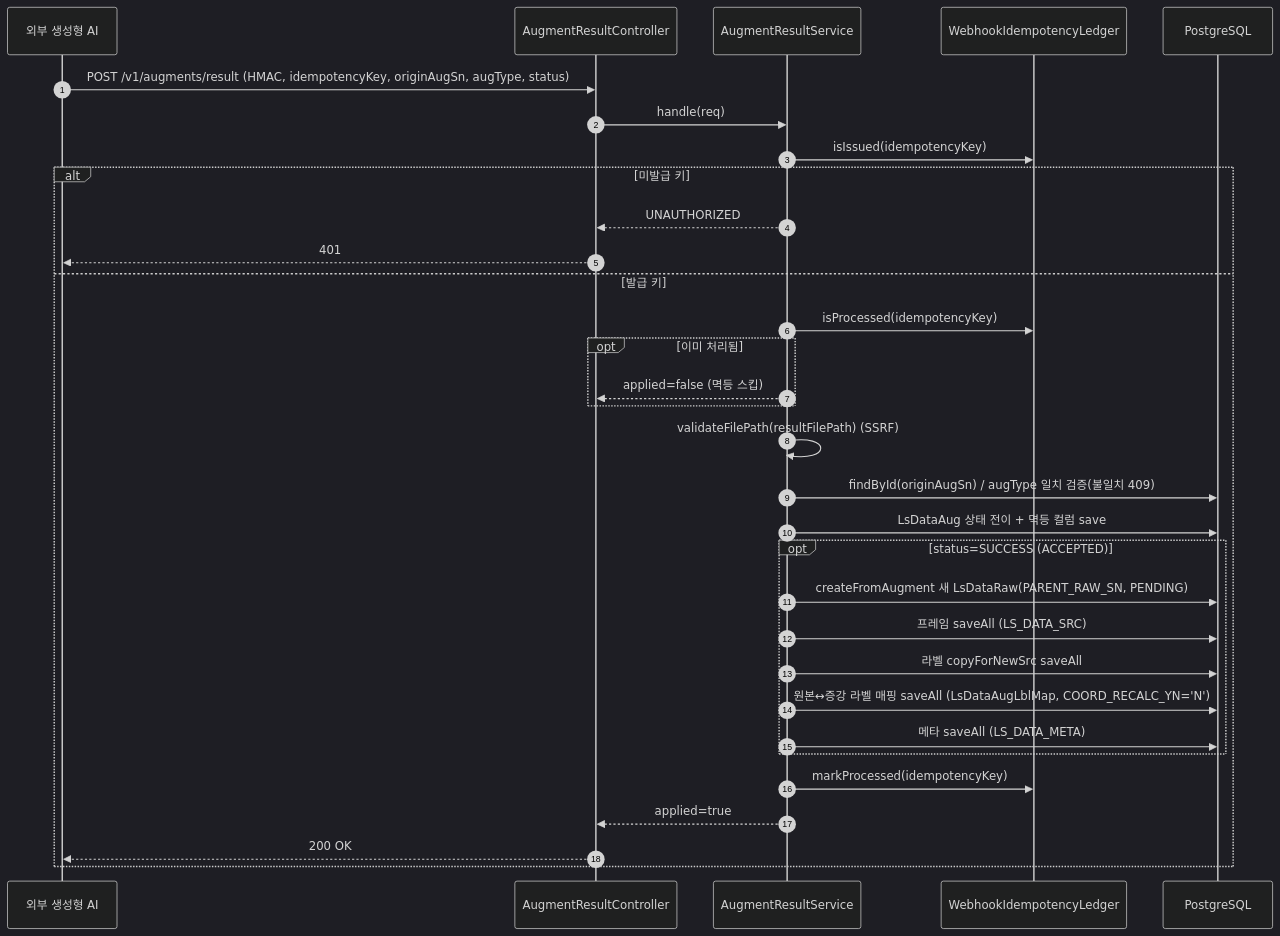
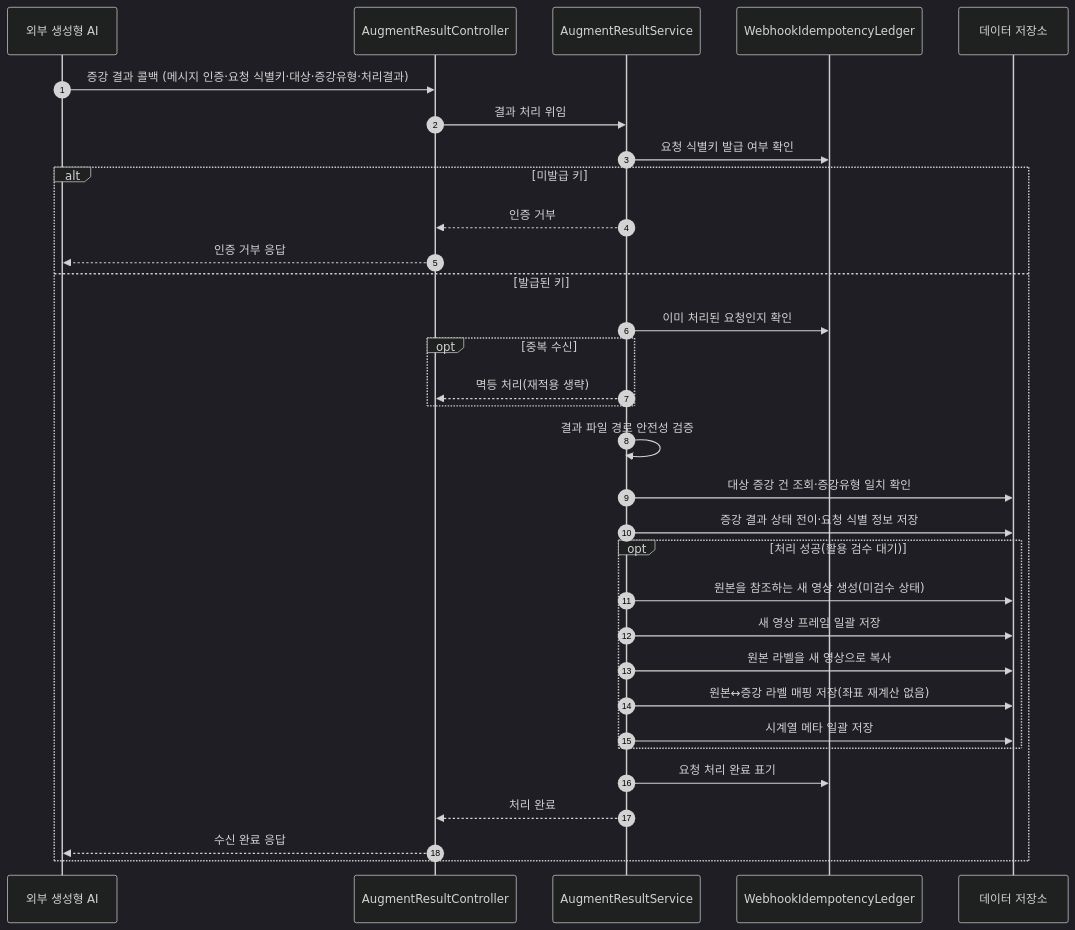
Before and after one commit to New-stella/klid-label: the second of 26 diagrams in docs/design/D1-클래스설계서.md, drawn with Mermaid (dark theme). The commit also changed other lines of this file and 32 other files, not shown here.

````diff
--- a/docs/design/D1-클래스설계서.md
+++ b/docs/design/D1-클래스설계서.md
@@ -249,34 +224,34 @@
 ```mermaid
 sequenceDiagram
     autonumber
     participant EX as 외부 생성형 AI
     participant ARC as AugmentResultController
     participant ARS as AugmentResultService
     participant LG as WebhookIdempotencyLedger
-    participant DB as PostgreSQL
-    EX->>ARC: POST /v1/augments/result (HMAC, idempotencyKey, originAugSn, augType, status)
-    ARC->>ARS: handle(req)
-    ARS->>LG: isIssued(idempotencyKey)
+    participant DB as 데이터 저장소
+    EX->>ARC: 증강 결과 콜백 (메시지 인증·요청 식별키·대상·증강유형·처리결과)
+    ARC->>ARS: 결과 처리 위임
+    ARS->>LG: 요청 식별키 발급 여부 확인
     alt 미발급 키
-        ARS-->>ARC: UNAUTHORIZED
-        ARC-->>EX: 401
-    else 발급 키
-        ARS->>LG: isProcessed(idempotencyKey)
-        opt 이미 처리됨
-            ARS-->>ARC: applied=false (멱등 스킵)
+        ARS-->>ARC: 인증 거부
+        ARC-->>EX: 인증 거부 응답
+    else 발급된 키
+        ARS->>LG: 이미 처리된 요청인지 확인
+        opt 중복 수신
+            ARS-->>ARC: 멱등 처리(재적용 생략)
         end
-        ARS->>ARS: validateFilePath(resultFilePath) (SSRF)
-        ARS->>DB: findById(originAugSn) / augType 일치 검증(불일치 409)
-        ARS->>DB: LsDataAug 상태 전이 + 멱등 컬럼 save
-        opt status=SUCCESS (ACCEPTED)
-            ARS->>DB: createFromAugment 새 LsDataRaw(PARENT_RAW_SN, PENDING)
-            ARS->>DB: 프레임 saveAll (LS_DATA_SRC)
-            ARS->>DB: 라벨 copyForNewSrc saveAll
-            ARS->>DB: 원본↔증강 라벨 매핑 saveAll (LsDataAugLblMap, COORD_RECALC_YN='N')
-            ARS->>DB: 메타 saveAll (LS_DATA_META)
+        ARS->>ARS: 결과 파일 경로 안전성 검증
+        ARS->>DB: 대상 증강 건 조회·증강유형 일치 확인
+        ARS->>DB: 증강 결과 상태 전이·요청 식별 정보 저장
+        opt 처리 성공(활용 검수 대기)
+            ARS->>DB: 원본을 참조하는 새 영상 생성(미검수 상태)
+            ARS->>DB: 새 영상 프레임 일괄 저장
+            ARS->>DB: 원본 라벨을 새 영상으로 복사
+            ARS->>DB: 원본↔증강 라벨 매핑 저장(좌표 재계산 없음)
+            ARS->>DB: 시계열 메타 일괄 저장
         end
-        ARS->>LG: markProcessed(idempotencyKey)
-        ARS-->>ARC: applied=true
-        ARC-->>EX: 200 OK
+        ARS->>LG: 요청 처리 완료 표기
+        ARS-->>ARC: 처리 완료
+        ARC-->>EX: 수신 완료 응답
     end
 ```
````
